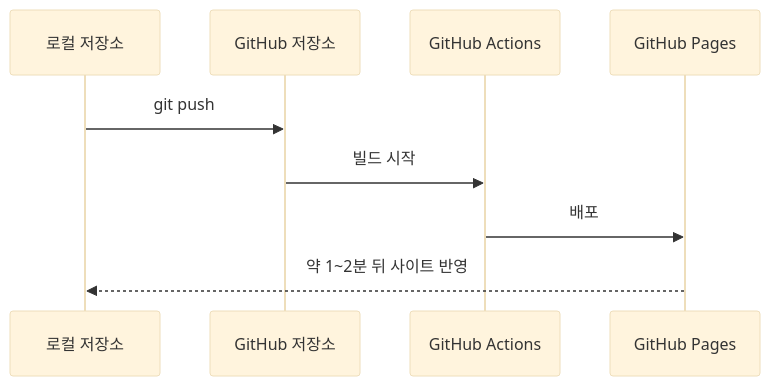
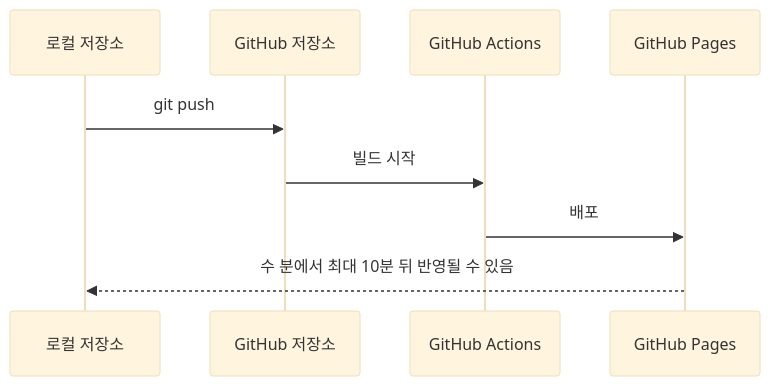
Before and after one commit to qus0in-factory/learn: the second of 2 diagrams in docs/lecture/06-pages.md, drawn with Mermaid (base theme). The commit also changed other lines of this file and 15 other files, not shown here.

````diff
--- a/docs/lecture/06-pages.md
+++ b/docs/lecture/06-pages.md
@@ -81,11 +81,11 @@
 ```mermaid
 sequenceDiagram
     participant L as 로컬 저장소
     participant G as GitHub 저장소
     participant A as GitHub Actions
     participant P as GitHub Pages
     L->>G: git push
     G->>A: 빌드 시작
     A->>P: 배포
-    P-->>L: 약 1~2분 뒤 사이트 반영
+    P-->>L: 수 분에서 최대 10분 뒤 반영될 수 있음
 ```
````
